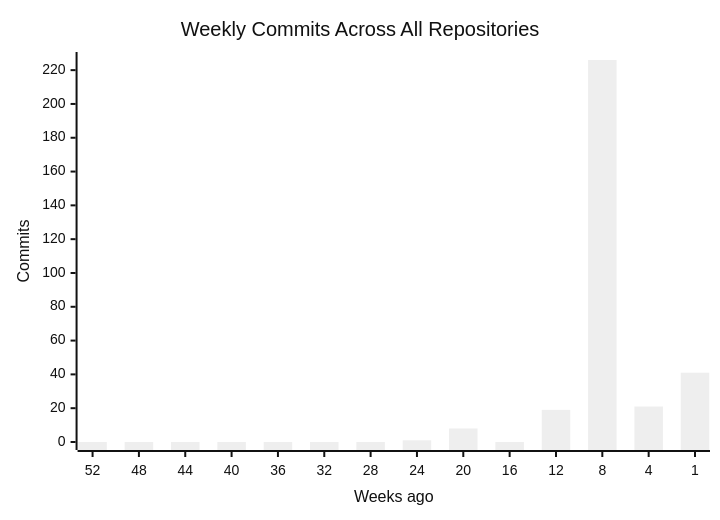
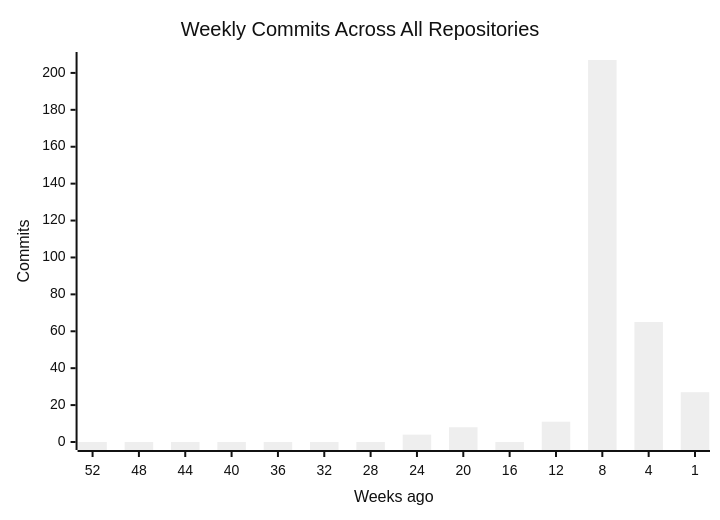
Before and after one commit to CSTH-Projects/.github: the first of 4 diagrams in profile/README.md, drawn with Mermaid (neutral theme). The commit also changed other lines of this file, not shown here.

````diff
--- a/profile/README.md
+++ b/profile/README.md
@@ -16,7 +16,7 @@
 ```mermaid
 xychart-beta
     title "Weekly Commits Across All Repositories"
     x-axis "Weeks ago" [52, 48, 44, 40, 36, 32, 28, 24, 20, 16, 12, 8, 4, 1]
     y-axis "Commits"
-    bar [0, 0, 0, 0, 0, 0, 0, 1, 8, 0, 19, 226, 21, 41]
+    bar [0, 0, 0, 0, 0, 0, 0, 4, 8, 0, 11, 207, 65, 27]
 ```
````
